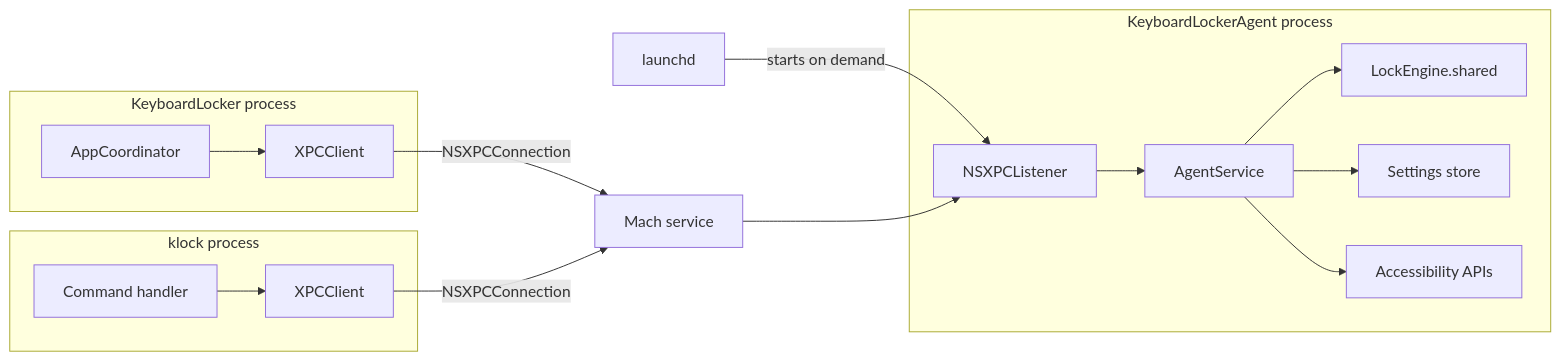
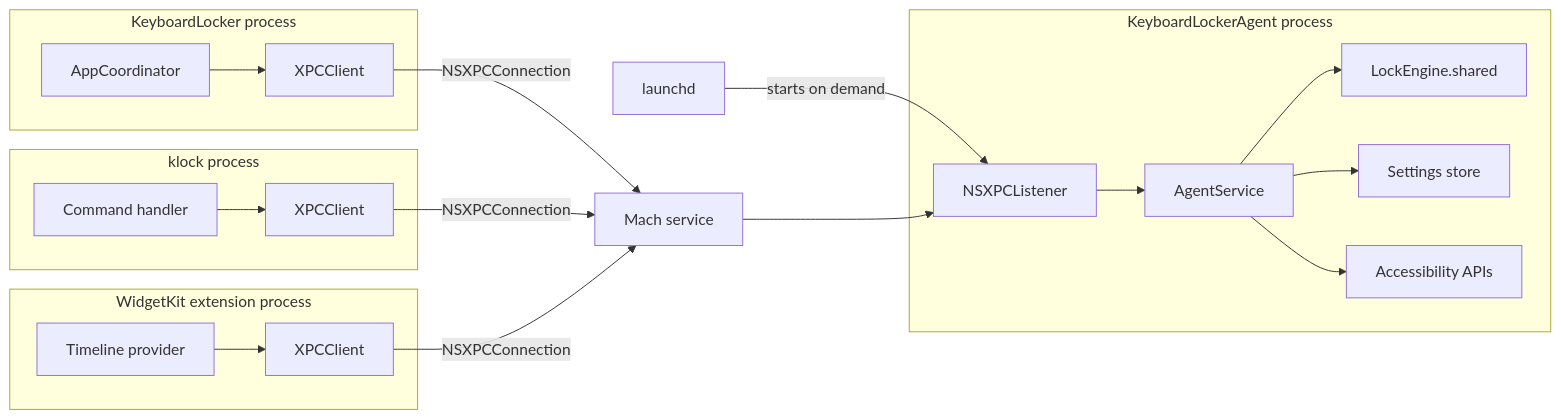
Before and after one commit to LZhenHong/KeyboardLocker: the first of 4 diagrams in docs/xpc.md, drawn with Mermaid. The commit also changed other lines of this file and 9 other files, not shown here.

````diff
--- a/docs/xpc.md
+++ b/docs/xpc.md
@@ -60,22 +61,27 @@
 ```mermaid
 flowchart LR
   subgraph AppProcess["KeyboardLocker process"]
     AppCoordinator["AppCoordinator"] --> AppClient["XPCClient"]
   end
 
   subgraph CLIProcess["klock process"]
     CLI["Command handler"] --> CLIClient["XPCClient"]
   end
 
+  subgraph WidgetProcess["WidgetKit extension process"]
+    Timeline["Timeline provider"] --> WidgetClient["XPCClient"]
+  end
+
   AppClient -->|"NSXPCConnection"| Mach["Mach service"]
   CLIClient -->|"NSXPCConnection"| Mach
+  WidgetClient -->|"NSXPCConnection"| Mach
   subgraph AgentProcess["KeyboardLockerAgent process"]
     Listener["NSXPCListener"] --> AgentService["AgentService"]
     AgentService --> Engine["LockEngine.shared"]
     AgentService --> Settings["Settings store"]
     AgentService --> Accessibility["Accessibility APIs"]
   end
 
   Launchd["launchd"] -->|"starts on demand"| Listener
   Mach --> Listener
 ```
````
